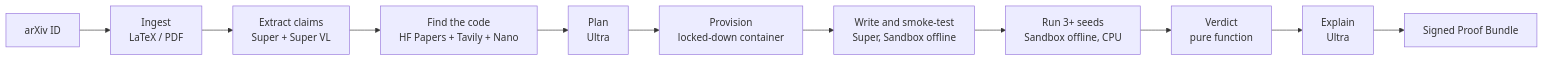
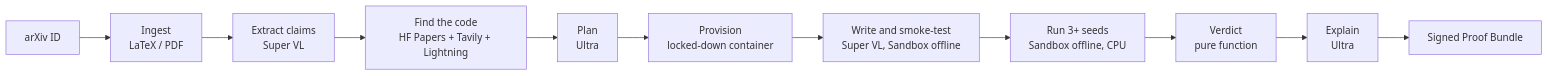
The diagram in README.md (atozzi-dev/paper2proof), drawn with Mermaid before and after one commit. The commit also changed other lines of this file and 4 other files, not shown here.

First line of the commit message:
fix(web): About and Home name the models that replace Super and Nano (A-30)

````diff
--- a/README.md
+++ b/README.md
@@ -65,13 +65,13 @@
 ```mermaid
 flowchart LR
     A["arXiv ID"] --> I["Ingest<br/>LaTeX / PDF"]
-    I --> C["Extract claims<br/>Super + Super VL"]
-    C --> D["Find the code<br/>HF Papers + Tavily + Nano"]
+    I --> C["Extract claims<br/>Super VL"]
+    C --> D["Find the code<br/>HF Papers + Tavily + Lightning"]
     D --> P["Plan<br/>Ultra"]
     P --> PR["Provision<br/>locked-down container"]
-    PR --> S["Write and smoke-test<br/>Super, Sandbox offline"]
+    PR --> S["Write and smoke-test<br/>Super VL, Sandbox offline"]
     S --> E["Run 3+ seeds<br/>Sandbox offline, CPU"]
     E --> V["Verdict<br/>pure function"]
     V --> J["Explain<br/>Ultra"]
     J --> B["Signed Proof Bundle"]
 ```
````
